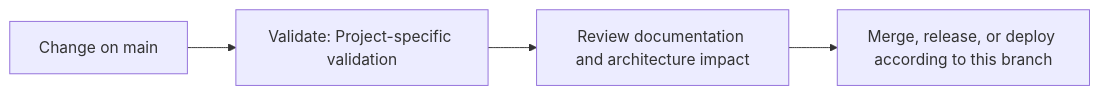
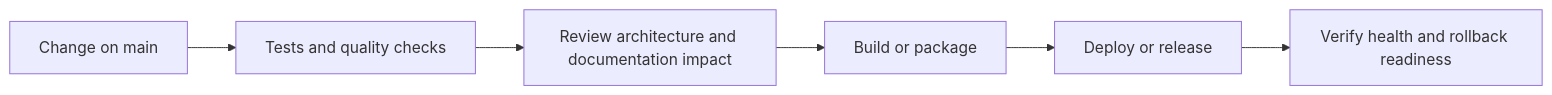
The fourth of 5 diagrams in README.md (Nischhalsubba/Roadmap), drawn with Mermaid before and after one commit. The commit also changed other lines of this file, not shown here.

````diff
--- a/README.md
+++ b/README.md
@@ -57,8 +124,8 @@
 ```mermaid
 flowchart LR
-    CHANGE["Change on main"]
-    CHECK["Validate: Project-specific validation"]
-    REVIEW["Review documentation and architecture impact"]
-    RELEASE["Merge, release, or deploy according to this branch"]
-    CHANGE --> CHECK --> REVIEW --> RELEASE
+    CHANGE["Change on main"] --> CHECK["Tests and quality checks"]
+    CHECK --> REVIEW["Review architecture and documentation impact"]
+    REVIEW --> BUILD["Build or package"]
+    BUILD --> DEPLOY["Deploy or release"]
+    DEPLOY --> VERIFY["Verify health and rollback readiness"]
 ```
````
